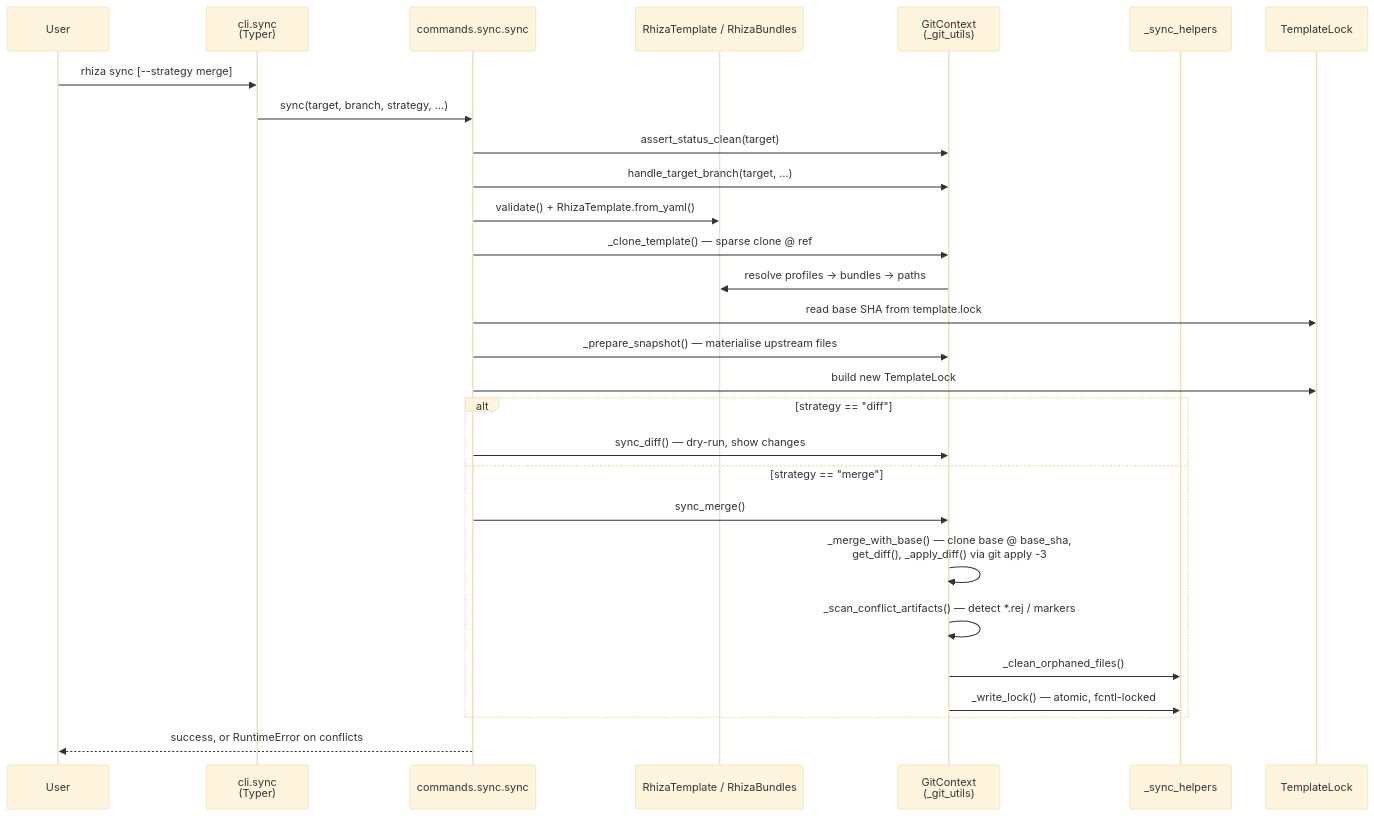
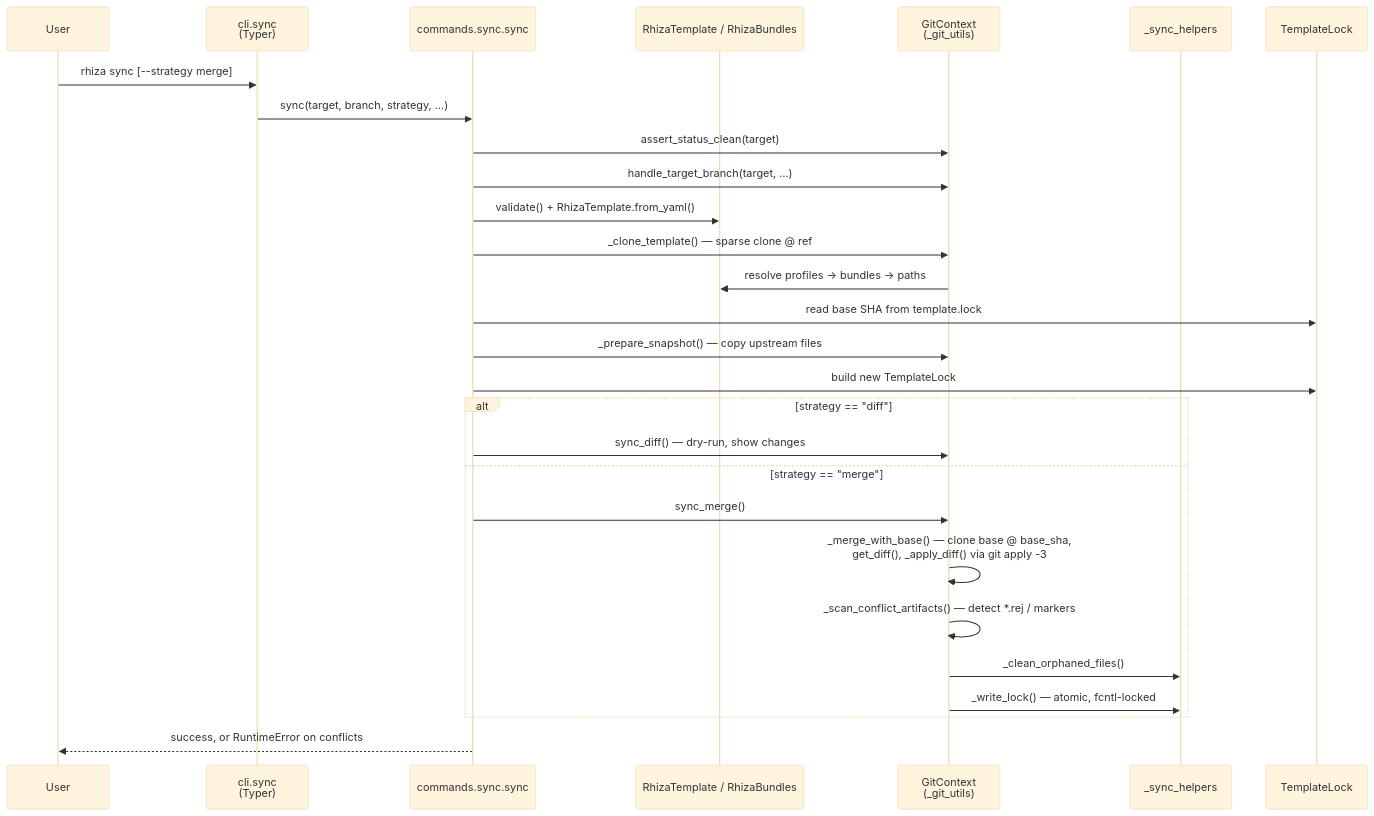
Before and after one commit to Jebel-Quant/rhiza-cli: the diagram in docs/architecture.md, drawn with Mermaid (base theme). The commit also changed other lines of this file and 33 other files, not shown here.

````diff
--- a/docs/architecture.md
+++ b/docs/architecture.md
@@ -51,31 +50,31 @@
 ```mermaid
 sequenceDiagram
     participant U as User
     participant CLI as cli.sync<br/>(Typer)
     participant Cmd as commands.sync.sync
     participant T as RhizaTemplate / RhizaBundles
     participant G as GitContext<br/>(_git_utils)
     participant H as _sync_helpers
     participant L as TemplateLock
 
     U->>CLI: rhiza sync [--strategy merge]
     CLI->>Cmd: sync(target, branch, strategy, …)
     Cmd->>G: assert_status_clean(target)
     Cmd->>G: handle_target_branch(target, …)
     Cmd->>T: validate() + RhizaTemplate.from_yaml()
     Cmd->>G: _clone_template() — sparse clone @ ref
     G->>T: resolve profiles → bundles → paths
     Cmd->>L: read base SHA from template.lock
-    Cmd->>G: _prepare_snapshot() — materialise upstream files
+    Cmd->>G: _prepare_snapshot() — copy upstream files
     Cmd->>L: build new TemplateLock
     alt strategy == "diff"
         Cmd->>G: sync_diff() — dry-run, show changes
     else strategy == "merge"
         Cmd->>G: sync_merge()
         G->>G: _merge_with_base() — clone base @ base_sha,<br/>get_diff(), _apply_diff() via git apply -3
         G->>G: _scan_conflict_artifacts() — detect *.rej / markers
         G->>H: _clean_orphaned_files()
         G->>H: _write_lock() — atomic, fcntl-locked
     end
     Cmd-->>U: success, or RuntimeError on conflicts
 ```
````
